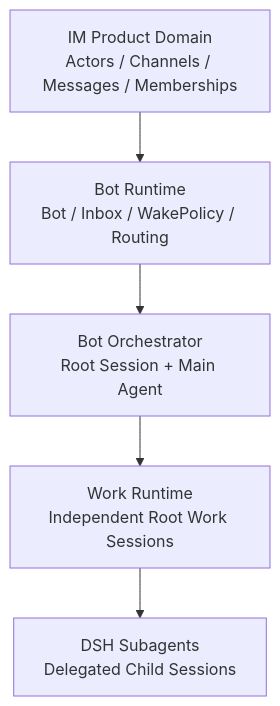
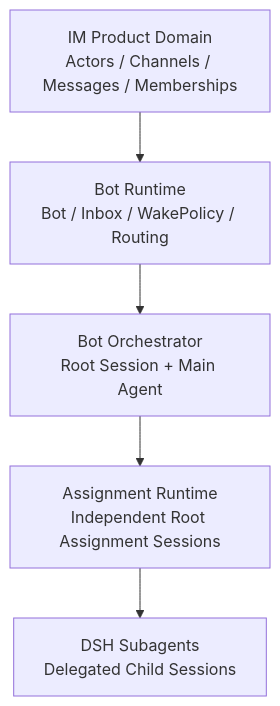
Before and after one commit to BotHarness/BotHarness: the first of 2 diagrams in dsh_research/GROKBOT_ON_DSH_ARCHITECTURE.md, drawn with Mermaid. The commit also changed other lines of this file and 70 other files, not shown here.

````diff
--- a/dsh_research/GROKBOT_ON_DSH_ARCHITECTURE.md
+++ b/dsh_research/GROKBOT_ON_DSH_ARCHITECTURE.md
@@ -16,13 +16,13 @@
 ```mermaid
 flowchart TB
     IM["IM Product Domain<br/>Actors / Channels / Messages / Memberships"]
     BR["Bot Runtime<br/>Bot / Inbox / WakePolicy / Routing"]
     ORCH["Bot Orchestrator<br/>Root Session + Main Agent"]
-    WORK["Work Runtime<br/>Independent Root Work Sessions"]
+    WORK["Assignment Runtime<br/>Independent Root Assignment Sessions"]
     SUB["DSH Subagents<br/>Delegated Child Sessions"]
 
     IM --> BR
     BR --> ORCH
     ORCH --> WORK
     WORK --> SUB
 ```
````
